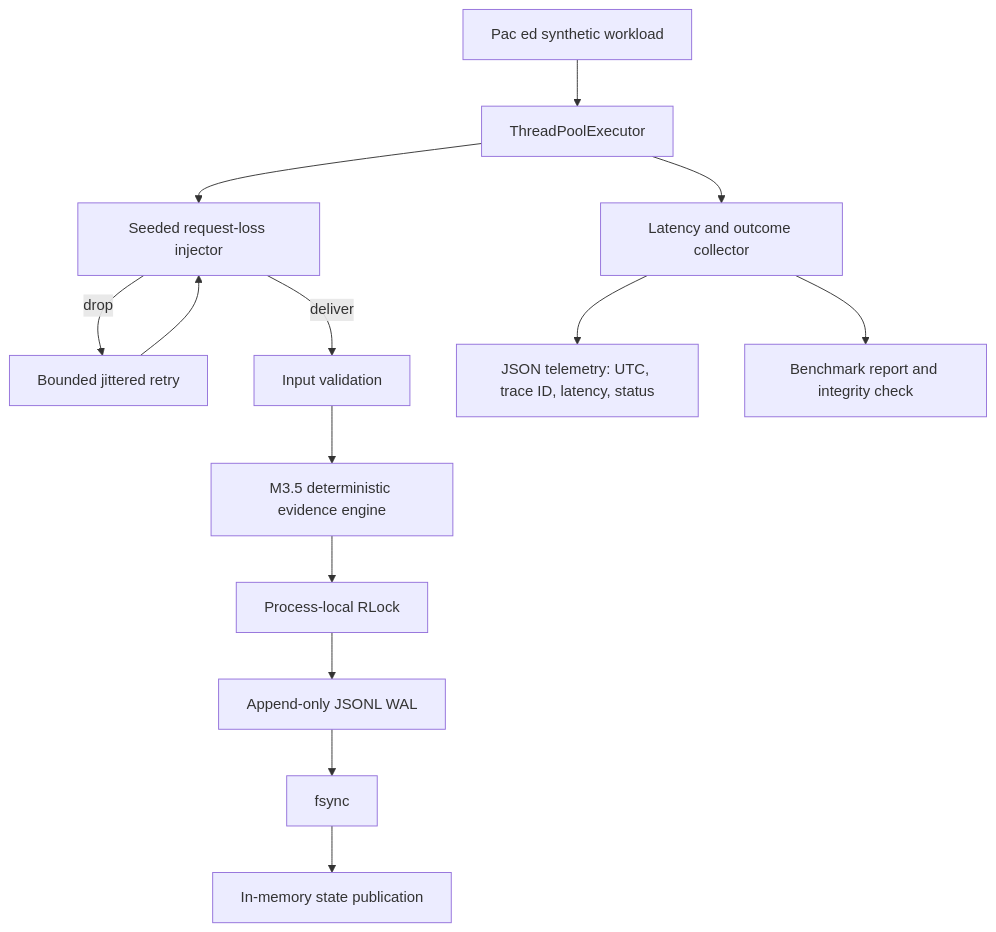
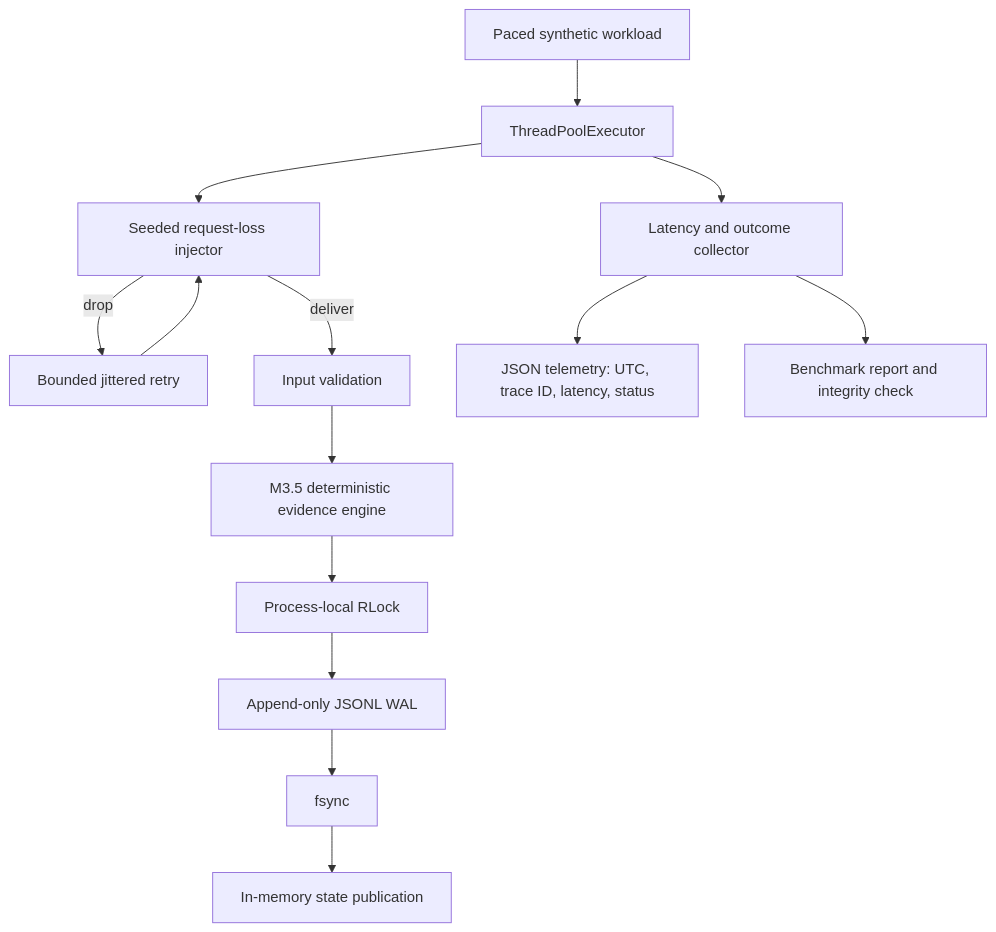
Before and after one commit to swiftbyte-sys/ACPHDCO01-M1.5-Deterministic-Processing-Engine: the diagram in docs/M4.5_IMPLEMENTATION_STATUS.md, drawn with Mermaid.

Commit message:
M4.5: correct architecture diagram label

````diff
--- a/docs/M4.5_IMPLEMENTATION_STATUS.md
+++ b/docs/M4.5_IMPLEMENTATION_STATUS.md
@@ -29,16 +29,16 @@
 ```mermaid
 flowchart TD
-  A[Pac ed synthetic workload] --> B[ThreadPoolExecutor]
+  A[Paced synthetic workload] --> B[ThreadPoolExecutor]
   B --> C[Seeded request-loss injector]
   C -->|drop| D[Bounded jittered retry]
   D --> C
   C -->|deliver| E[Input validation]
   E --> F[M3.5 deterministic evidence engine]
   F --> G[Process-local RLock]
   G --> H[Append-only JSONL WAL]
   H --> I[fsync]
   I --> J[In-memory state publication]
   B --> K[Latency and outcome collector]
   K --> L[JSON telemetry: UTC, trace ID, latency, status]
   K --> M[Benchmark report and integrity check]
 ```
````
